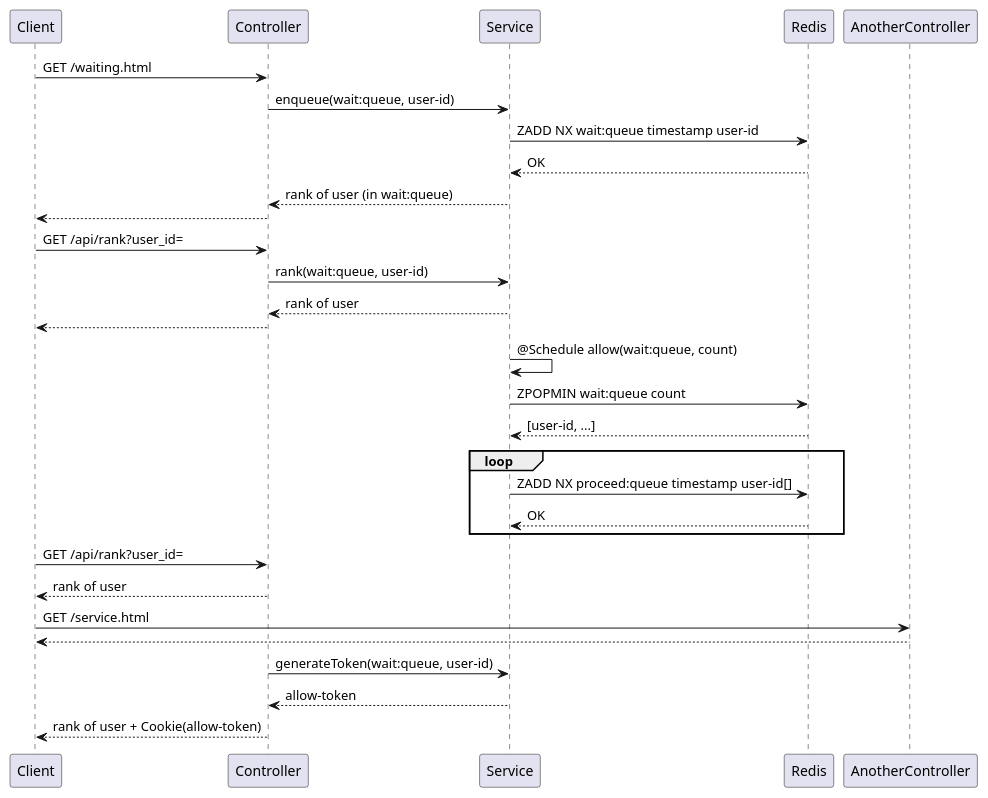
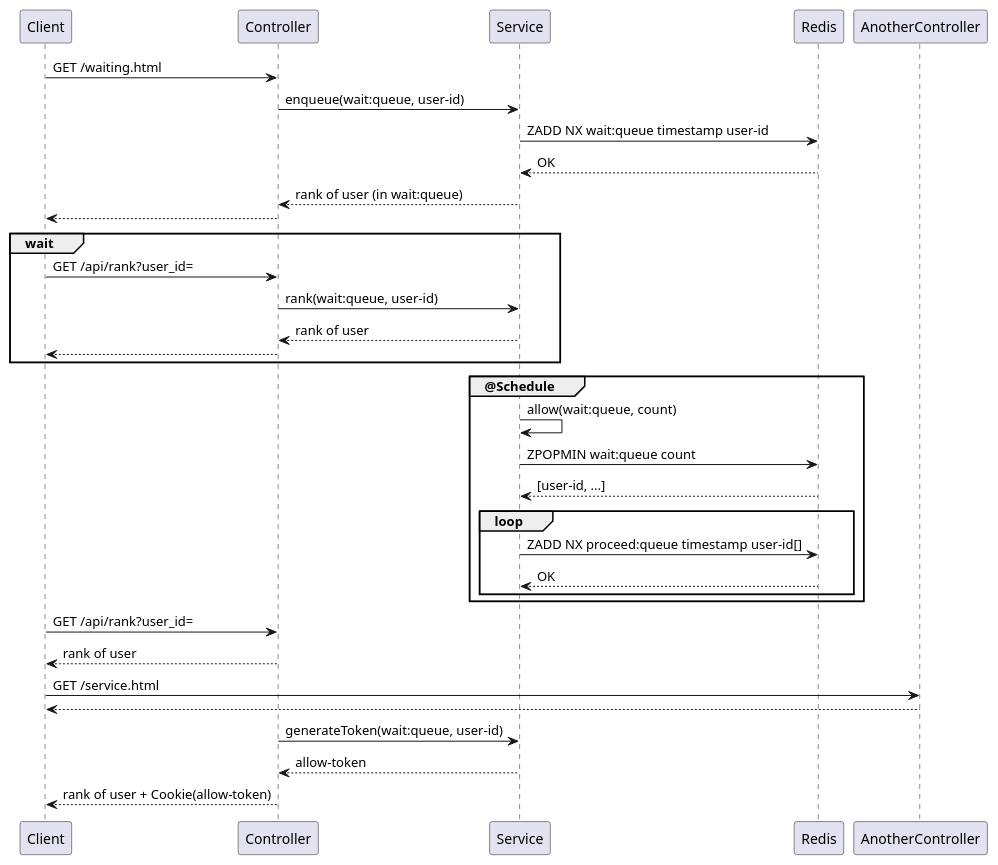
The diagram in _diary/2024-06-08.md (yanghoon/obsidian-workspace), drawn with PlantUML before and after one commit.

Commit message:
vault backup: 2024-06-08 14:32:42

````diff
--- a/_diary/2024-06-08.md
+++ b/_diary/2024-06-08.md
@@ -5,30 +5,34 @@
 ```plantuml
 Client -> Controller: GET /waiting.html
 Controller -> Service: enqueue(wait:queue, user-id)
 Service -> Redis: ZADD NX wait:queue timestamp user-id
 Service <-- Redis: OK
 Controller <-- Service: rank of user (in wait:queue)
 Client <-- Controller
 
+group wait
 Client -> Controller: GET /api/rank?user_id=
 Controller -> Service: rank(wait:queue, user-id)
 Controller <-- Service: rank of user
 Client <-- Controller
+end
 
-Service -> Service: @Schedule allow(wait:queue, count)
-Service -> Redis: ZPOPMIN wait:queue count
-Service <-- Redis: [user-id, ...]
-loop
-Service -> Redis: ZADD NX proceed:queue timestamp user-id[]
+group @Schedule
+  Service -> Service: allow(wait:queue, count)
+  Service -> Redis: ZPOPMIN wait:queue count
+  Service <-- Redis: [user-id, ...]
+  loop
+ Service -> Redis: ZADD NX proceed:queue timestamp user-id[]
 Service <-- Redis: OK
+end
 end
 
 Client -> Controller: GET /api/rank?user_id=
 Client <-- Controller: rank of user
 Client -> AnotherController: GET /service.html
 Client <-- AnotherController
 
 Controller -> Service: generateToken(wait:queue, user-id)
 Controller <-- Service: allow-token
 Client <-- Controller: rank of user + Cookie(allow-token)
 ```
````
